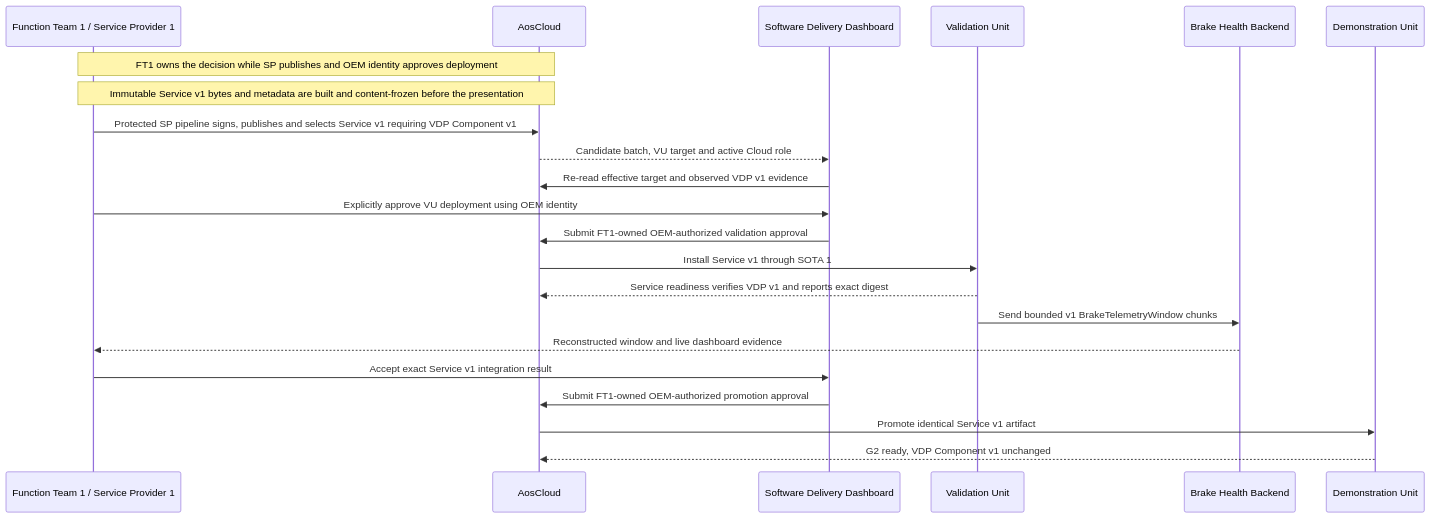
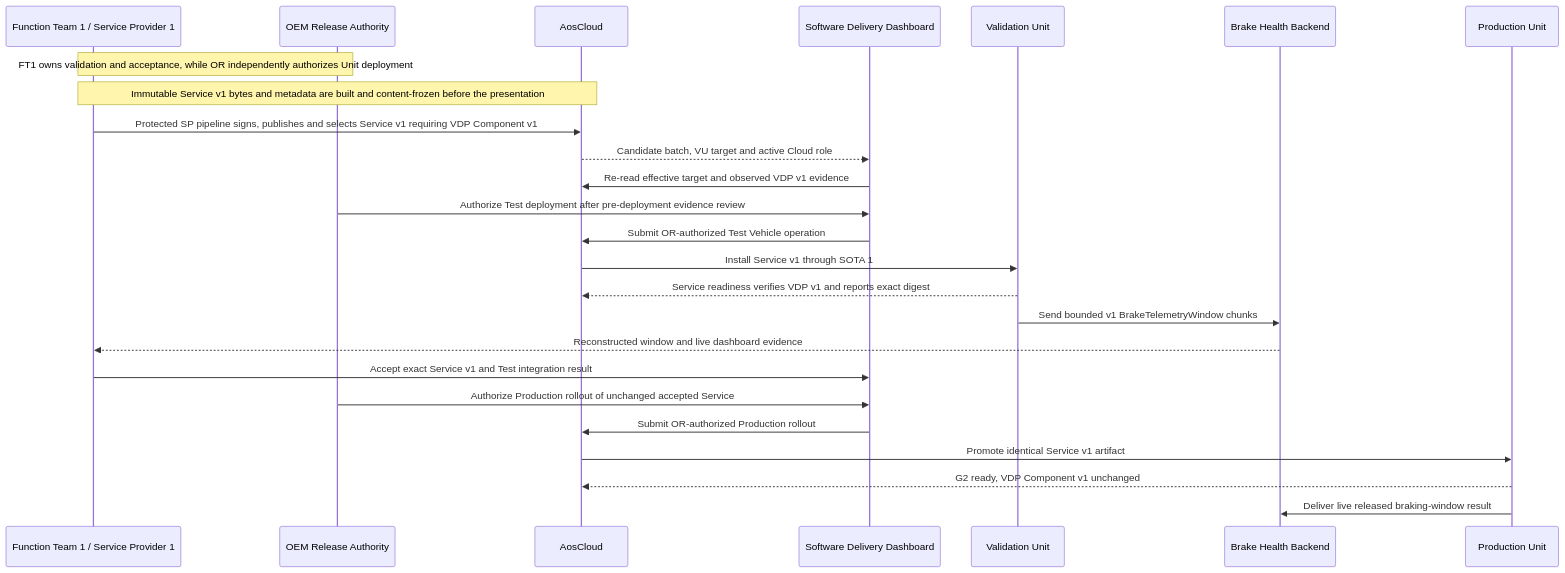
Before and after one commit to alexmaninblack/aosedge-sdv-demo: the tenth of 22 diagrams in docs/architecture/demo-scenario-architecture-flows.md, drawn with Mermaid. The commit also changed other lines of this file and 176 other files, not shown here.

````diff
--- a/docs/architecture/demo-scenario-architecture-flows.md
+++ b/docs/architecture/demo-scenario-architecture-flows.md
@@ -674,25 +696,28 @@
 ```mermaid
 sequenceDiagram
     participant FT1 as Function Team 1 / Service Provider 1
+    participant OR as OEM Release Authority
     participant AC as AosCloud
     participant SD as Software Delivery Dashboard
     participant VU as Validation Unit
     participant BE as Brake Health Backend
-    participant DU as Demonstration Unit
+    participant PU as Production Unit
 
-    Note over FT1,AC: FT1 owns the decision while SP publishes and OEM identity approves deployment
+    Note over FT1,OR: FT1 owns validation and acceptance, while OR independently authorizes Unit deployment
     Note over FT1,AC: Immutable Service v1 bytes and metadata are built and content-frozen before the presentation
     FT1->>AC: Protected SP pipeline signs, publishes and selects Service v1 requiring VDP Component v1
     AC-->>SD: Candidate batch, VU target and active Cloud role
     SD->>AC: Re-read effective target and observed VDP v1 evidence
-    FT1->>SD: Explicitly approve VU deployment using OEM identity
-    SD->>AC: Submit FT1-owned OEM-authorized validation approval
+    OR->>SD: Authorize Test deployment after pre-deployment evidence review
+    SD->>AC: Submit OR-authorized Test Vehicle operation
     AC->>VU: Install Service v1 through SOTA 1
     VU-->>AC: Service readiness verifies VDP v1 and reports exact digest
     VU->>BE: Send bounded v1 BrakeTelemetryWindow chunks
     BE-->>FT1: Reconstructed window and live dashboard evidence
-    FT1->>SD: Accept exact Service v1 integration result
-    SD->>AC: Submit FT1-owned OEM-authorized promotion approval
-    AC->>DU: Promote identical Service v1 artifact
-    DU-->>AC: G2 ready, VDP Component v1 unchanged
+    FT1->>SD: Accept exact Service v1 and Test integration result
+    OR->>SD: Authorize Production rollout of unchanged accepted Service
+    SD->>AC: Submit OR-authorized Production rollout
+    AC->>PU: Promote identical Service v1 artifact
+    PU-->>AC: G2 ready, VDP Component v1 unchanged
+    PU->>BE: Deliver live released braking-window result
 ```
````
